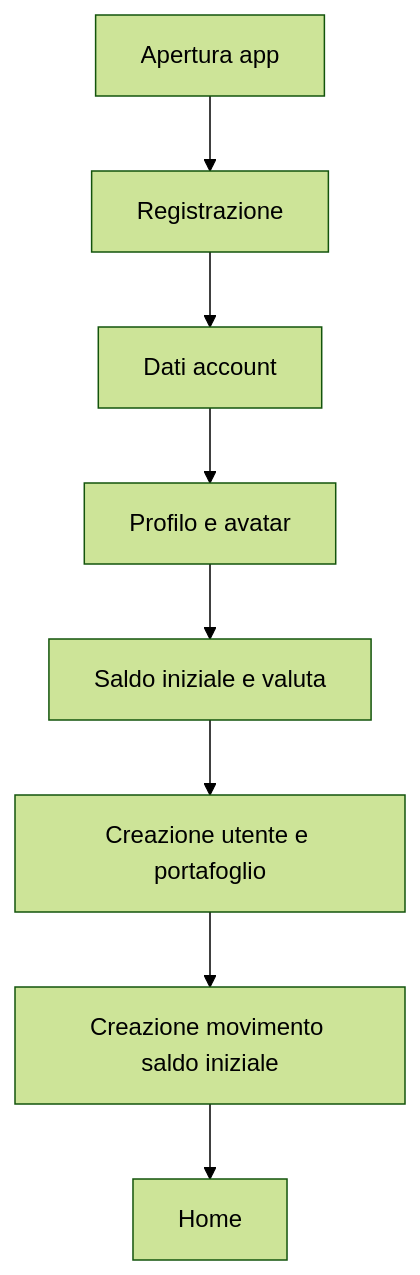
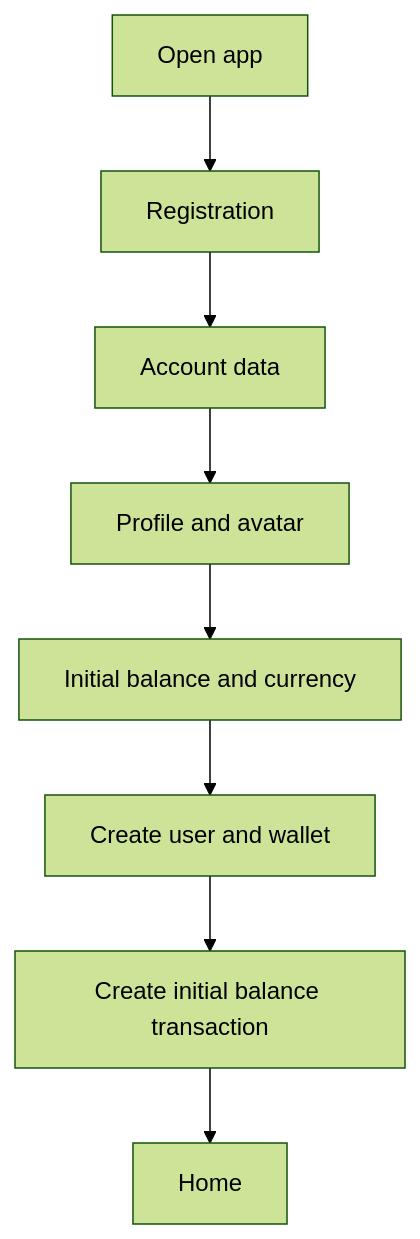
One commit to Dokjolly0/FinancialManager changed the first of 4 diagrams in plan.md. Above: the diagram before and after it, drawn with Mermaid (forest theme). The commit also changed other lines of this file and 2 other files, not shown here.

````diff
--- a/plan.md
+++ b/plan.md
@@ -858,10 +858,10 @@
 ```mermaid
 flowchart TD
-    A[Apertura app] --> B[Registrazione]
-    B --> C[Dati account]
-    C --> D[Profilo e avatar]
-    D --> E[Saldo iniziale e valuta]
-    E --> F[Creazione utente e portafoglio]
-    F --> G[Creazione movimento saldo iniziale]
+    A[Open app] --> B[Registration]
+    B --> C[Account data]
+    C --> D[Profile and avatar]
+    D --> E[Initial balance and currency]
+    E --> F[Create user and wallet]
+    F --> G[Create initial balance transaction]
     G --> H[Home]
 ```
````
